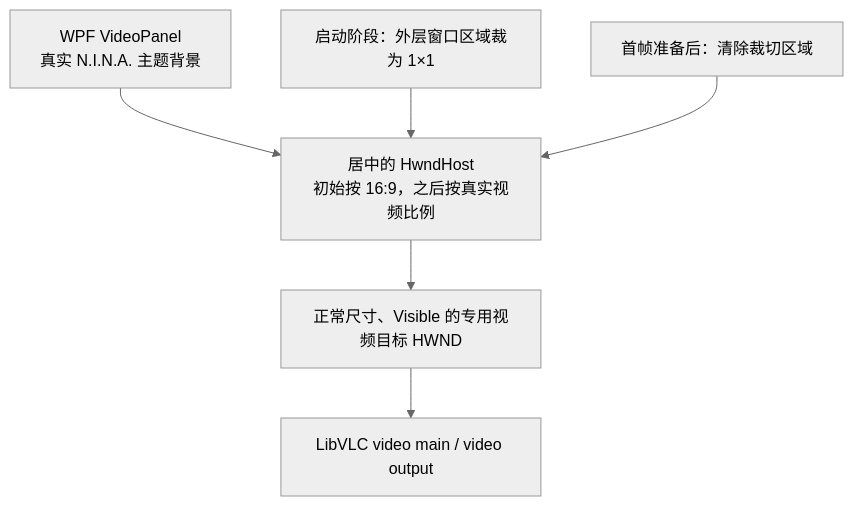
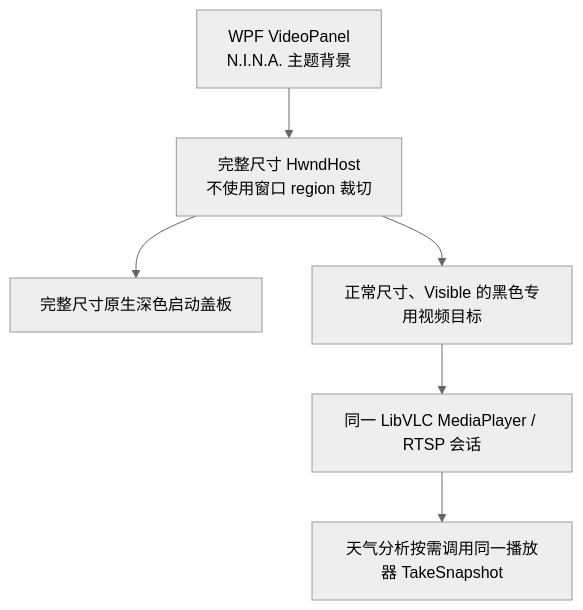
One commit to sedirk/nina.plugin.aiweather-advanced changed the first of 2 diagrams in docs/RTSP_PREVIEW_NATIVE_AIRSPACE_INCIDENT.zh-CN.md. Above: the diagram before and after it, drawn with Mermaid (neutral theme). The commit also changed other lines of this file and 8 other files, not shown here.

````diff
--- a/docs/RTSP_PREVIEW_NATIVE_AIRSPACE_INCIDENT.zh-CN.md
+++ b/docs/RTSP_PREVIEW_NATIVE_AIRSPACE_INCIDENT.zh-CN.md
@@ -141,13 +144,14 @@
 ```mermaid
 flowchart TB
-    P["WPF VideoPanel<br/>真实 N.I.N.A. 主题背景"]
-    H["居中的 HwndHost<br/>初始按 16:9，之后按真实视频比例"]
-    T["正常尺寸、Visible 的专用视频目标 HWND"]
-    V["LibVLC video main / video output"]
-    R["启动阶段：外层窗口区域裁为 1×1"]
-    S["首帧准备后：清除裁切区域"]
+    P["WPF VideoPanel<br/>N.I.N.A. 主题背景"]
+    H["完整尺寸 HwndHost<br/>不使用窗口 region 裁切"]
+    C["完整尺寸原生深色启动盖板"]
+    T["正常尺寸、Visible 的黑色专用视频目标"]
+    V["同一 LibVLC MediaPlayer / RTSP 会话"]
+    A["天气分析按需调用同一播放器 TakeSnapshot"]
 
-    P --> H --> T --> V
-    R --> H
-    S --> H
+    P --> H
+    H --> C
+    H --> T --> V
+    V --> A
 ```
````
